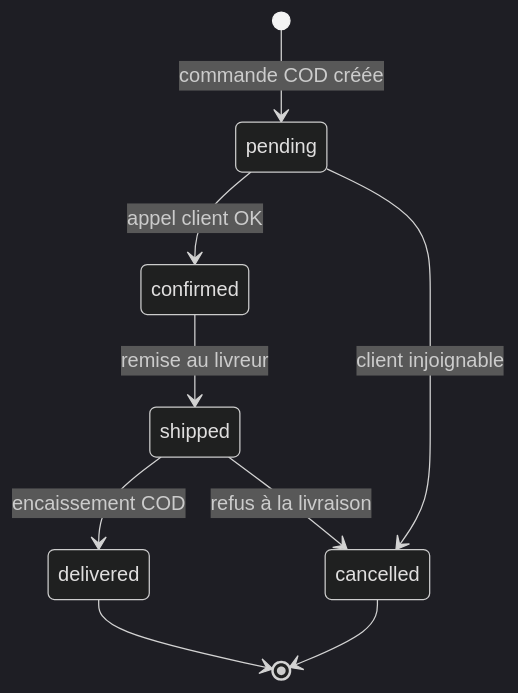
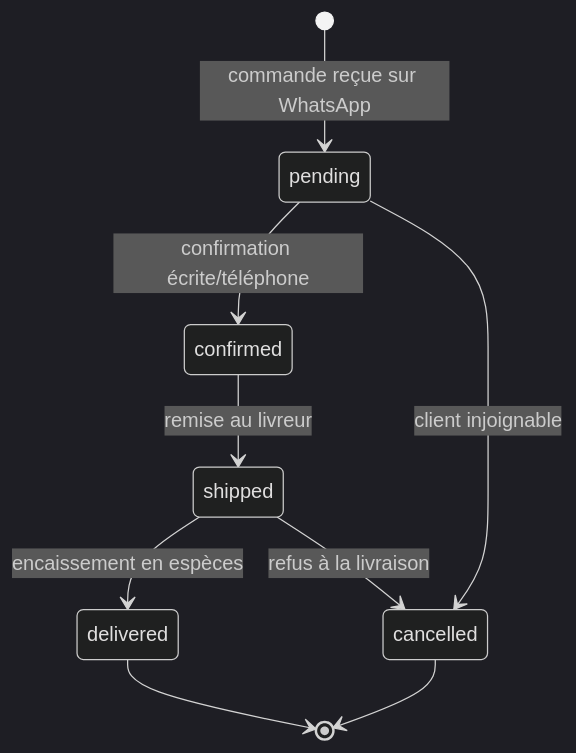
One commit to proteinstore26-morocco/proteinstore changed the third of 4 diagrams in docs/02-ux-ui.md. Above: the diagram before and after it, drawn with Mermaid (dark theme). The commit also changed other lines of this file and 40 other files, not shown here.

First line of the commit message:
Switch ordering to WhatsApp and remove editor branding/telemetry

````diff
--- a/docs/02-ux-ui.md
+++ b/docs/02-ux-ui.md
@@ -61,11 +55,11 @@
 ```mermaid
 stateDiagram-v2
-  [*] --> pending: commande COD créée
-  pending --> confirmed: appel client OK
+  [*] --> pending: commande reçue sur WhatsApp
+  pending --> confirmed: confirmation écrite/téléphone
   pending --> cancelled: client injoignable
   confirmed --> shipped: remise au livreur
-  shipped --> delivered: encaissement COD
+  shipped --> delivered: encaissement en espèces
   shipped --> cancelled: refus à la livraison
   delivered --> [*]
   cancelled --> [*]
 ```
````
